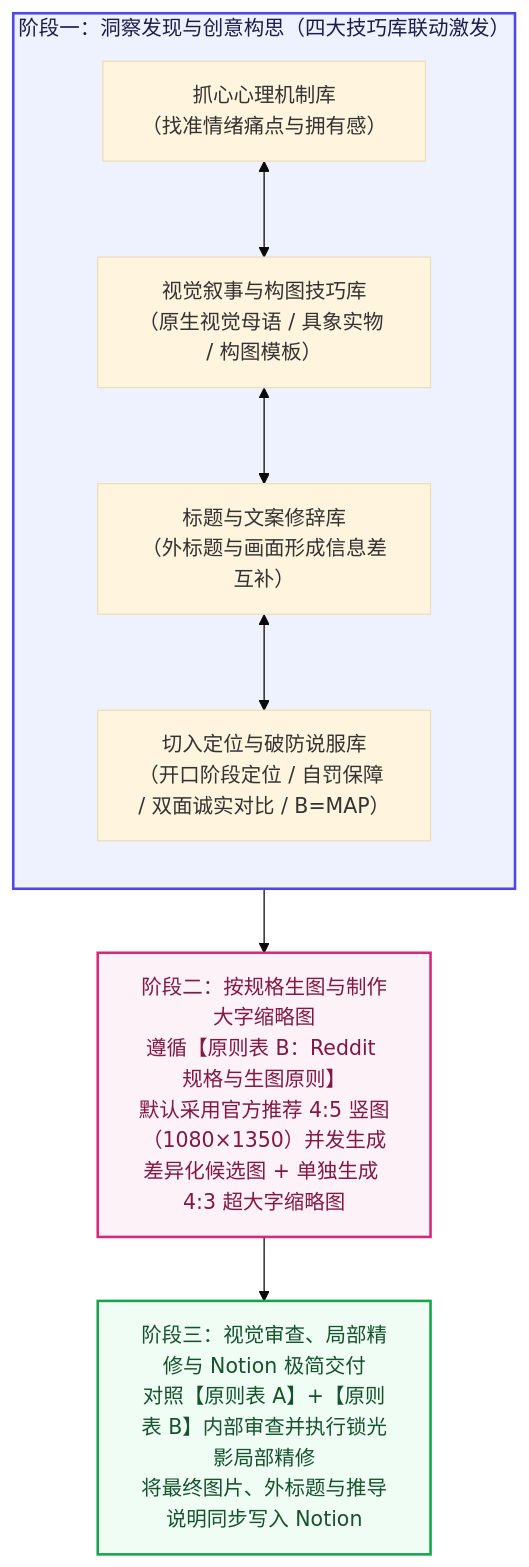
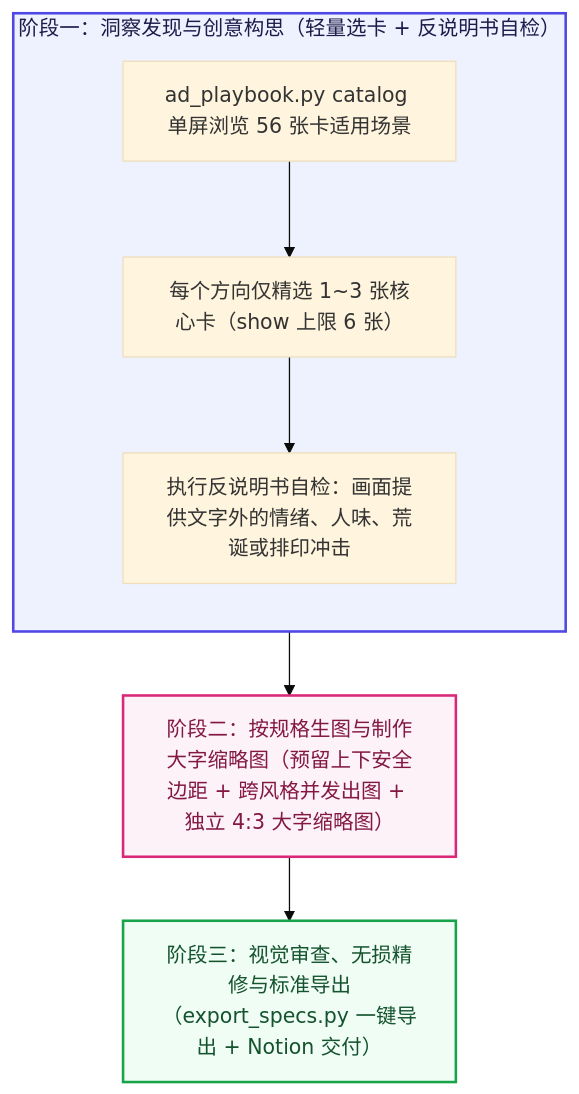
Before and after one commit to ezra-y/reddit-ad-workflow-skills: the diagram in docs/stage2-ad-creative-blueprint.md, drawn with Mermaid (base theme). The commit also changed other lines of this file and 15 other files, not shown here.

Commit message:
feat(reddit-ad-creative): loosen rigid layout rules, expand visual carriers, add export_specs CLI and catalog/show guardrails

````diff
--- a/docs/stage2-ad-creative-blueprint.md
+++ b/docs/stage2-ad-creative-blueprint.md
@@ -11,16 +9,15 @@
 ```mermaid
 flowchart TD
-    subgraph P1["阶段一：洞察发现与创意构思（四大技巧库联动激发）"]
+    subgraph P1["阶段一：洞察发现与创意构思（轻量选卡 + 反说明书自检）"]
         direction TB
-        K1["抓心心理机制库<br/>（找准情绪痛点与拥有感）"] <--> K2["视觉叙事与构图技巧库<br/>（原生视觉母语 / 具象实物 / 构图模板）"]
-        K2 <--> K3["标题与文案修辞库<br/>（外标题与画面形成信息差互补）"]
-        K3 <--> K4["切入定位与破防说服库<br/>（开口阶段定位 / 自罚保障 / 双面诚实对比 / B=MAP）"]
+        K1["ad_playbook.py catalog 单屏浏览 56 张卡适用场景"] --> K2["每个方向仅精选 1~3 张核心卡（show 上限 6 张）"]
+        K2 --> K3["执行反说明书自检：画面提供文字外的情绪、人味、荒诞或排印冲击"]
     end
 
-    P1 --> P2["阶段二：按规格生图与制作大字缩略图<br/>遵循【原则表 B：Reddit 规格与生图原则】<br/>默认采用官方推荐 4:5 竖图（1080×1350）并发生成差异化候选图 + 单独生成 4:3 超大字缩略图"]
-    P2 --> P3["阶段三：视觉审查、局部精修与 Notion 极简交付<br/>对照【原则表 A】+【原则表 B】内部审查并执行锁光影局部精修<br/>将最终图片、外标题与推导说明同步写入 Notion"]
+    P1 --> P2["阶段二：按规格生图与制作大字缩略图（预留上下安全边距 + 跨风格并发出图 + 独立 4:3 大字缩略图）"]
+    P2 --> P3["阶段三：视觉审查、无损精修与标准导出（export_specs.py 一键导出 + Notion 交付）"]
 
     style P1 fill:#EEF2FF,stroke:#4F46E5,color:#1E1B4B,stroke-width:2px
     style P2 fill:#FDF2F8,stroke:#DB2777,color:#831843,stroke-width:2px
     style P3 fill:#F0FDF4,stroke:#16A34A,color:#14532D,stroke-width:2px
 ```
````
